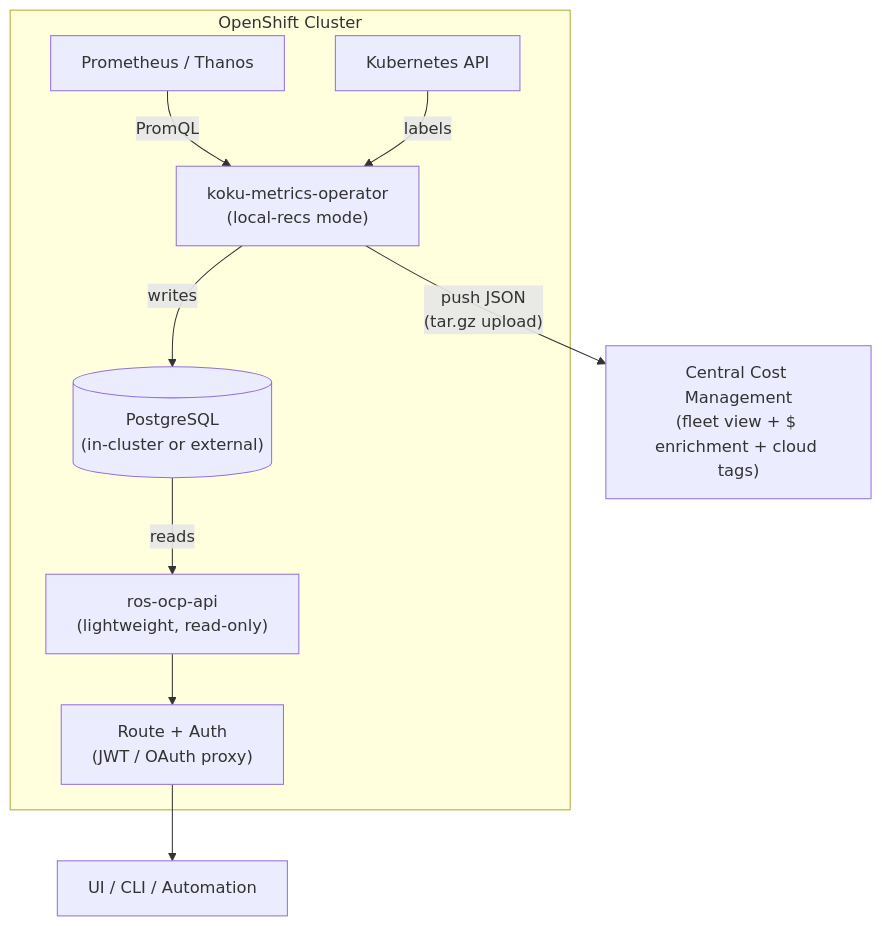
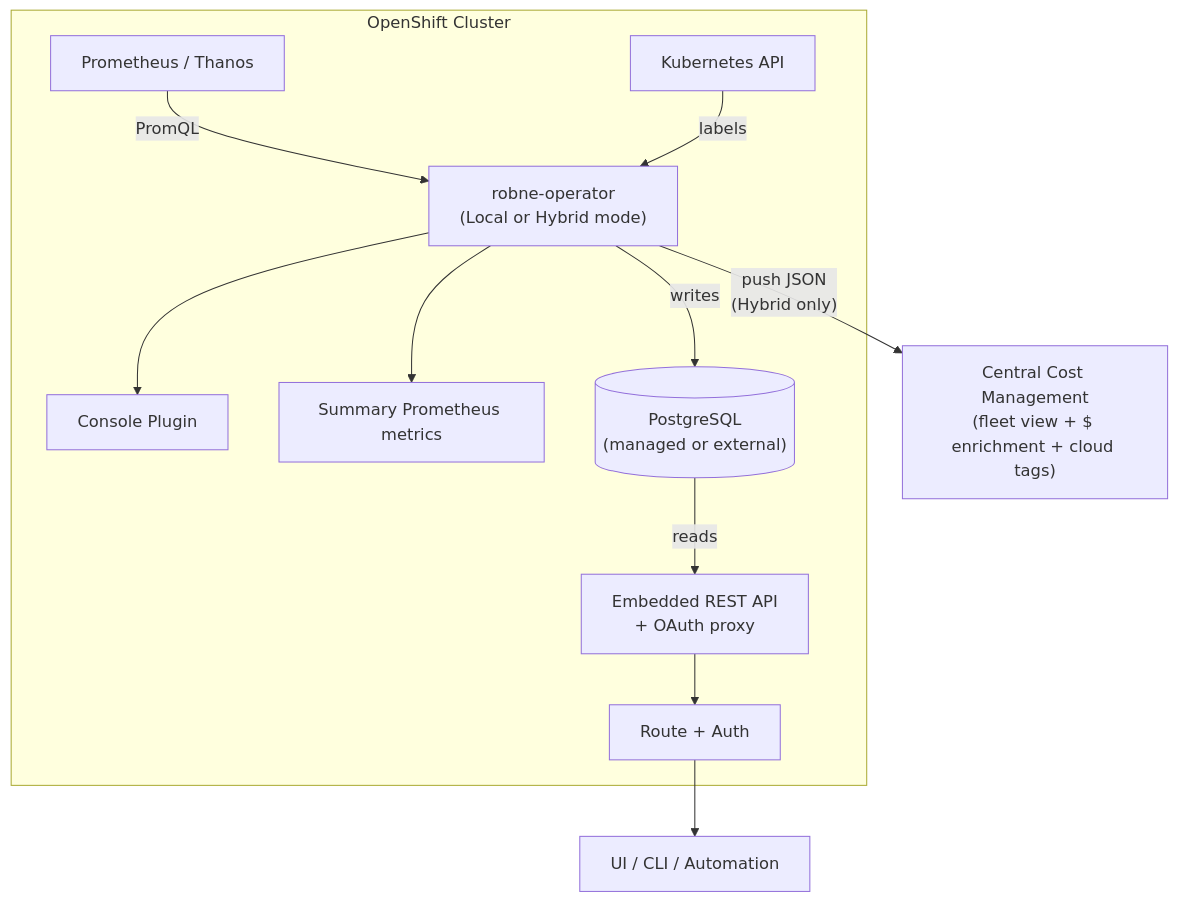
Before and after one commit to pgarciaq/ros-ocp-backend: the first of 2 diagrams in docs-site/planned-features/local-mode.md, drawn with Mermaid. The commit also changed other lines of this file and 1 other file, not shown here.

Commit message:
Update local-mode docs: robne-operator standalone architecture with three modes

````diff
--- a/docs-site/planned-features/local-mode.md
+++ b/docs-site/planned-features/local-mode.md
@@ -71,20 +93,23 @@
 ```mermaid
 flowchart TD
     subgraph cluster["OpenShift Cluster"]
         prom["Prometheus / Thanos"]
         k8s["Kubernetes API"]
-        operator["koku-metrics-operator\n(local-recs mode)"]
-        api["ros-ocp-api\n(lightweight, read-only)"]
-        route["Route + Auth\n(JWT / OAuth proxy)"]
+        operator["robne-operator\n(Local or Hybrid mode)"]
+        api["Embedded REST API\n+ OAuth proxy"]
+        plugin["Console Plugin"]
+        metrics["Summary Prometheus metrics"]
 
         prom -- "PromQL" --> operator
         k8s -- "labels" --> operator
         operator -- "writes" --> pg
         pg -- "reads" --> api
-        api --> route
+        api --> route["Route + Auth"]
+        operator --> plugin
+        operator --> metrics
     end
 
-    pg[("PostgreSQL\n(in-cluster or external)")]
+    pg[("PostgreSQL\n(managed or external)")]
     route --> ui["UI / CLI / Automation"]
-    operator -- "push JSON\n(tar.gz upload)" --> central["Central Cost Management\n(fleet view + $ enrichment + cloud tags)"]
+    operator -- "push JSON\n(Hybrid only)" --> central["Central Cost Management\n(fleet view + $ enrichment + cloud tags)"]
 ```
````
